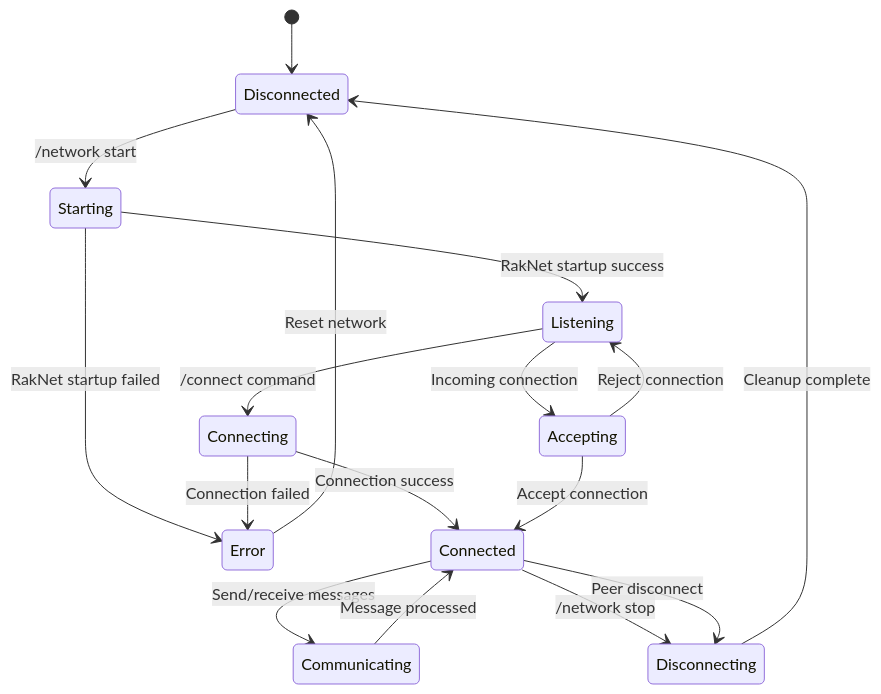
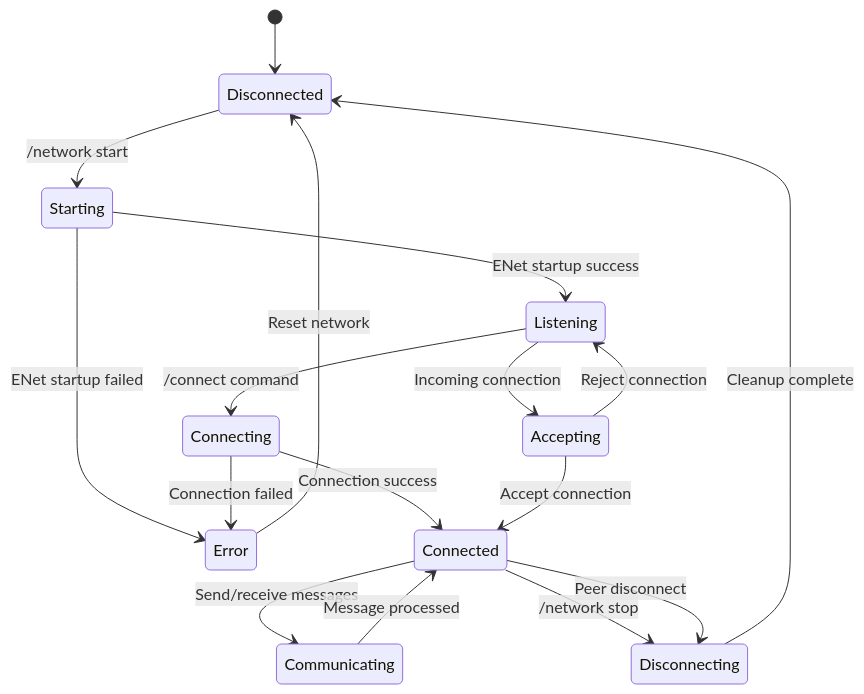
One commit to cschladetsch/CppKAI changed the fifth of 7 diagrams in resources/diagrams/console-networking-architecture.md. Above: the diagram before and after it, drawn with Mermaid. The commit also changed other lines of this file and 136 other files, not shown here.

Commit message:
Remove RakNet and add ENet transport abstraction

````diff
--- a/resources/diagrams/console-networking-architecture.md
+++ b/resources/diagrams/console-networking-architecture.md
@@ -166,26 +166,26 @@
 ```mermaid
 stateDiagram-v2
     [*] --> Disconnected
     
     Disconnected --> Starting : /network start
-    Starting --> Listening : RakNet startup success
-    Starting --> Error : RakNet startup failed
+    Starting --> Listening : ENet startup success
+    Starting --> Error : ENet startup failed
     
     Listening --> Connecting : /connect command
     Listening --> Accepting : Incoming connection
     
     Connecting --> Connected : Connection success
     Connecting --> Error : Connection failed
     
     Accepting --> Connected : Accept connection
     Accepting --> Listening : Reject connection
     
     Connected --> Communicating : Send/receive messages
     Communicating --> Connected : Message processed
     
     Connected --> Disconnecting : /network stop
     Connected --> Disconnecting : Peer disconnect
     Error --> Disconnected : Reset network
     
     Disconnecting --> Disconnected : Cleanup complete
 ```
````
